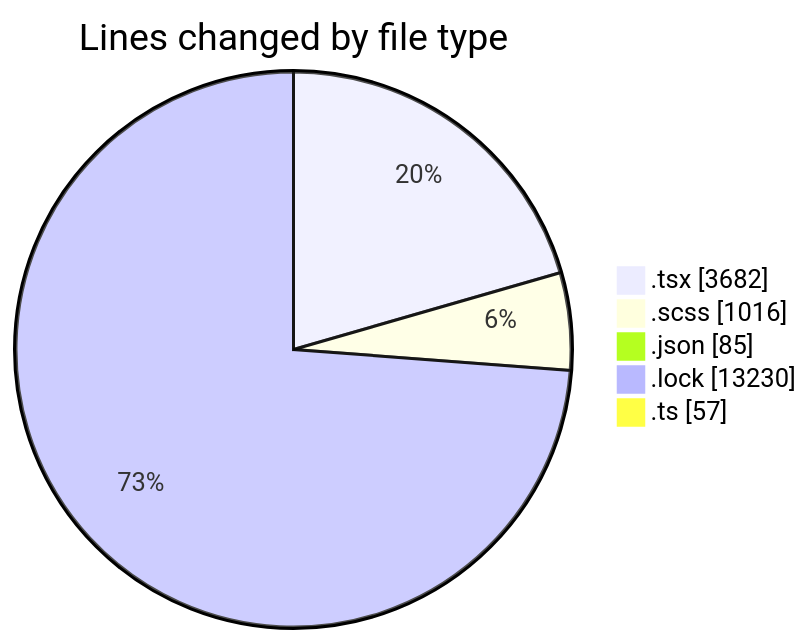
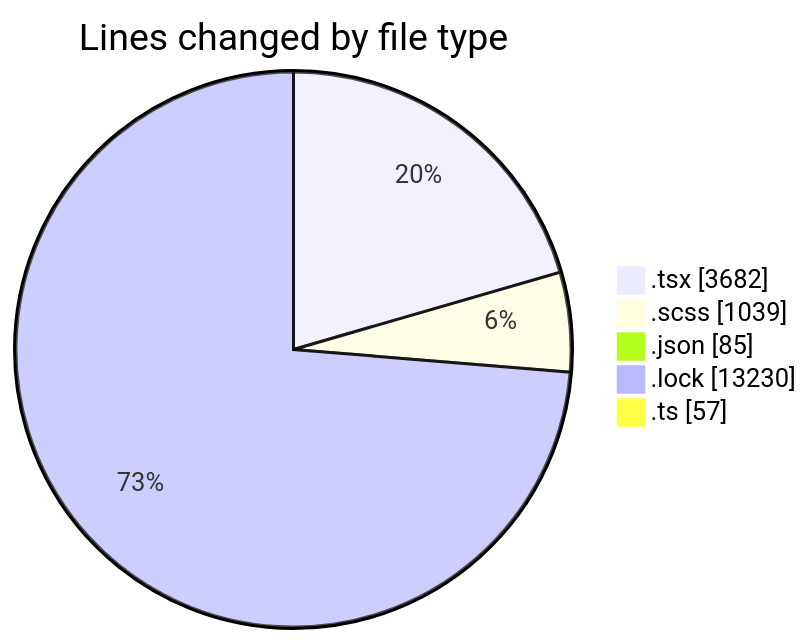
The first of 2 diagrams in 2025-10-03/cda/README.md (momahboobian/code-tracking), drawn with Mermaid before and after one commit. The commit also changed other lines of this file and 1 other file, not shown here.

````diff
--- a/2025-10-03/cda/README.md
+++ b/2025-10-03/cda/README.md
@@ -30,9 +30,9 @@
 ```mermaid
 pie showData
 title Lines changed by file type
 ".tsx" : 3682
-".scss" : 1016
+".scss" : 1039
 ".json" : 85
 ".lock" : 13230
 ".ts" : 57
 ```
````
